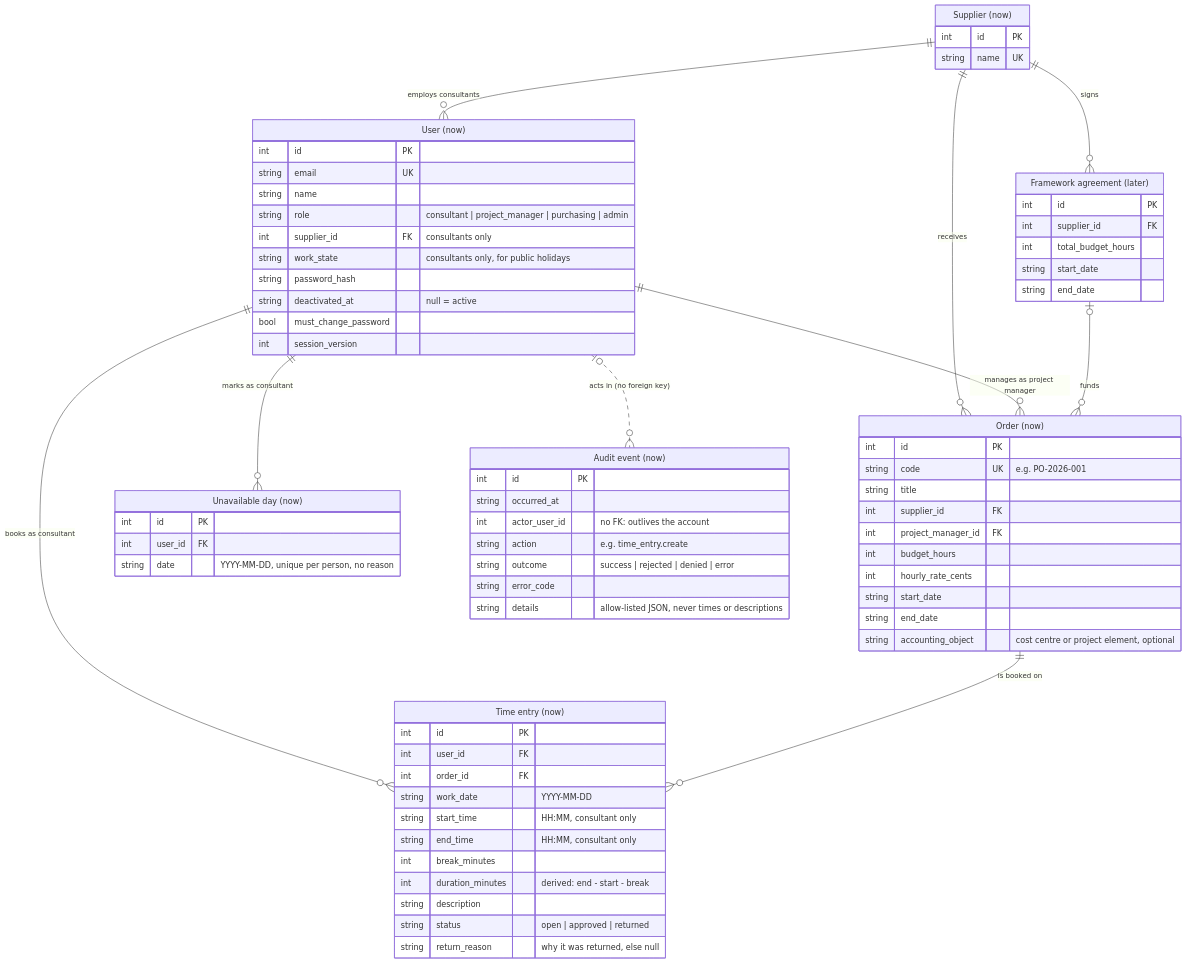
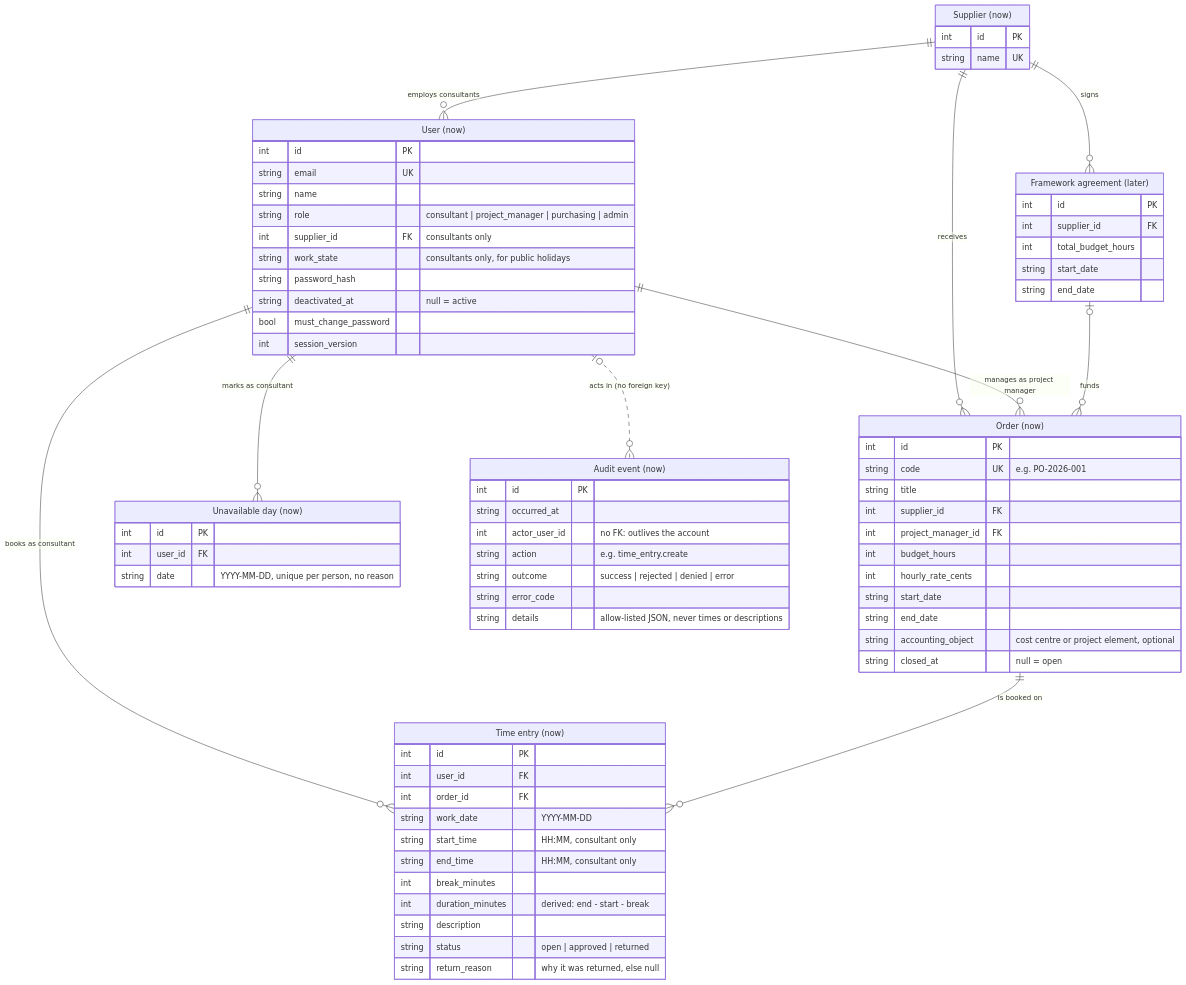
The diagram in docs/domain.md (devjimah/code-six-timebooking), drawn with Mermaid before and after one commit. The commit also changed 29 other files, not shown here.

````diff
--- a/docs/domain.md
+++ b/docs/domain.md
@@ -34,76 +34,77 @@
 ```mermaid
 erDiagram
     SUPPLIER ||--o{ USER : "employs consultants"
     SUPPLIER ||--o{ ORDER : "receives"
     USER ||--o{ ORDER : "manages as project manager"
     USER ||--o{ TIME_ENTRY : "books as consultant"
     ORDER ||--o{ TIME_ENTRY : "is booked on"
     USER ||--o{ UNAVAILABLE_DAY : "marks as consultant"
     USER |o..o{ AUDIT_EVENT : "acts in (no foreign key)"
 
     SUPPLIER ||--o{ FRAMEWORK_AGREEMENT : "signs"
     FRAMEWORK_AGREEMENT |o--o{ ORDER : "funds"
 
     SUPPLIER["Supplier (now)"] {
         int id PK
         string name UK
     }
     USER["User (now)"] {
         int id PK
         string email UK
         string name
         string role "consultant | project_manager | purchasing | admin"
         int supplier_id FK "consultants only"
         string work_state "consultants only, for public holidays"
         string password_hash
         string deactivated_at "null = active"
         bool must_change_password
         int session_version
     }
     ORDER["Order (now)"] {
         int id PK
         string code UK "e.g. PO-2026-001"
         string title
         int supplier_id FK
         int project_manager_id FK
         int budget_hours
         int hourly_rate_cents
         string start_date
         string end_date
         string accounting_object "cost centre or project element, optional"
+        string closed_at "null = open"
     }
     TIME_ENTRY["Time entry (now)"] {
         int id PK
         int user_id FK
         int order_id FK
         string work_date "YYYY-MM-DD"
         string start_time "HH:MM, consultant only"
         string end_time "HH:MM, consultant only"
         int break_minutes
         int duration_minutes "derived: end - start - break"
         string description
         string status "open | approved | returned"
         string return_reason "why it was returned, else null"
     }
     UNAVAILABLE_DAY["Unavailable day (now)"] {
         int id PK
         int user_id FK
         string date "YYYY-MM-DD, unique per person, no reason"
     }
     AUDIT_EVENT["Audit event (now)"] {
         int id PK
         string occurred_at
         int actor_user_id "no FK: outlives the account"
         string action "e.g. time_entry.create"
         string outcome "success | rejected | denied | error"
         string error_code
         string details "allow-listed JSON, never times or descriptions"
     }
     FRAMEWORK_AGREEMENT["Framework agreement (later)"] {
         int id PK
         int supplier_id FK
         int total_budget_hours
         string start_date
         string end_date
     }
 ```
````
